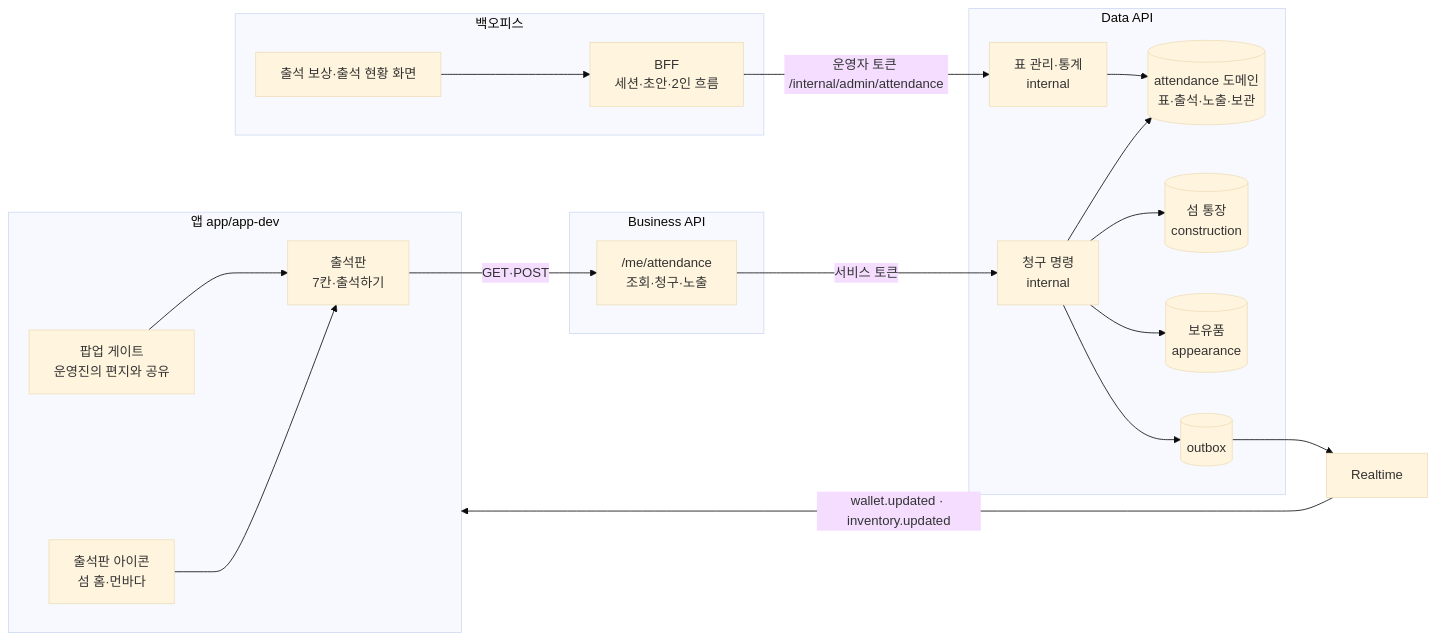
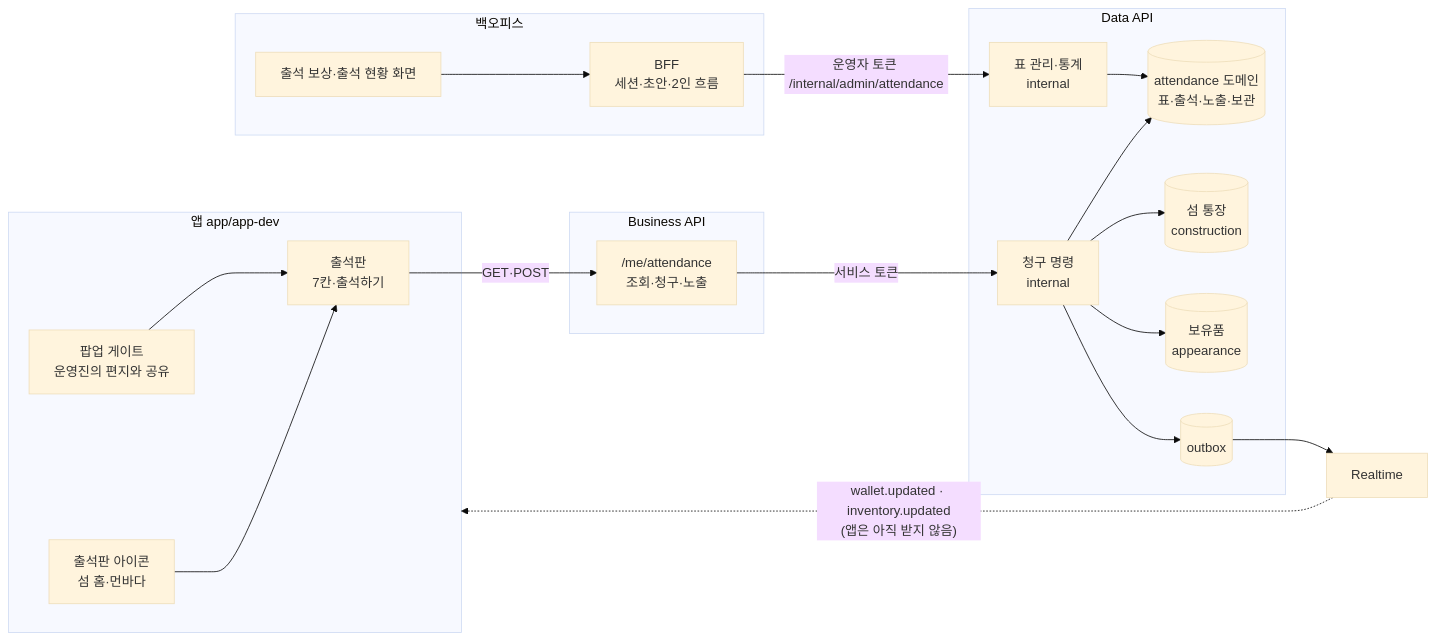
The first of 4 diagrams in docs/prd/fishcat/attendance/high-level-design.md (OneOrThree/phone), drawn with Mermaid (base theme) before and after one commit. The commit also changed other lines of this file and 1 other file, not shown here.

````diff
--- a/docs/prd/fishcat/attendance/high-level-design.md
+++ b/docs/prd/fishcat/attendance/high-level-design.md
@@ -23,38 +23,38 @@
 ```mermaid
 flowchart LR
   subgraph App["앱 app/app-dev"]
     Gate["팝업 게이트<br/>운영진의 편지와 공유"]
     Board["출석판<br/>7칸·출석하기"]
     Icon["출석판 아이콘<br/>섬 홈·먼바다"]
   end
   subgraph Biz["Business API"]
     BC["/me/attendance<br/>조회·청구·노출"]
   end
   subgraph Data["Data API"]
     Claim["청구 명령<br/>internal"]
     Admin["표 관리·통계<br/>internal"]
     Att[("attendance 도메인<br/>표·출석·노출·보관")]
     Wallet[("섬 통장<br/>construction")]
     Inv[("보유품<br/>appearance")]
     Outbox[("outbox")]
   end
   subgraph BO["백오피스"]
     BFF["BFF<br/>세션·초안·2인 흐름"]
     UI["출석 보상·출석 현황 화면"]
   end
   RT["Realtime"]
 
   Gate --> Board
   Icon --> Board
   Board -->|"GET·POST"| BC
   BC -->|"서비스 토큰"| Claim
   Claim --> Att
   Claim --> Wallet
   Claim --> Inv
   Claim --> Outbox
   Outbox --> RT
-  RT -->|"wallet.updated · inventory.updated"| App
+  RT -.->|"wallet.updated · inventory.updated<br/>(앱은 아직 받지 않음)"| App
   UI --> BFF
   BFF -->|"운영자 토큰 /internal/admin/attendance"| Admin
   Admin --> Att
 ```
````
